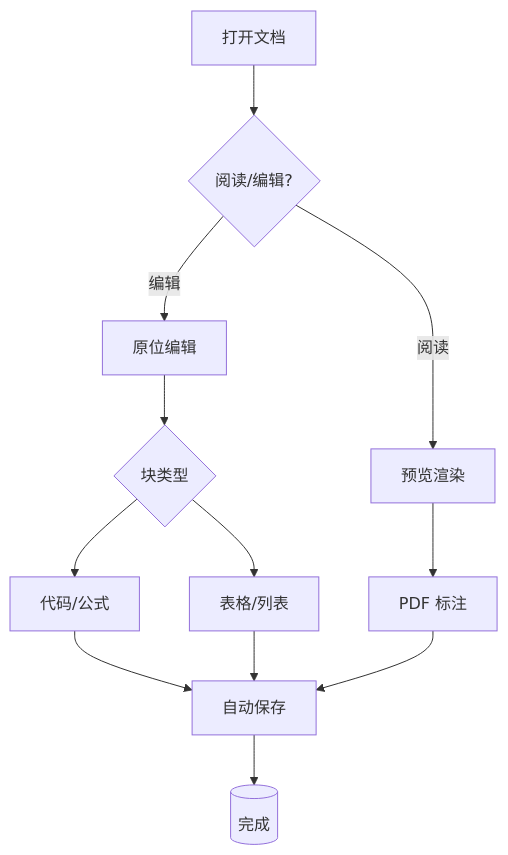
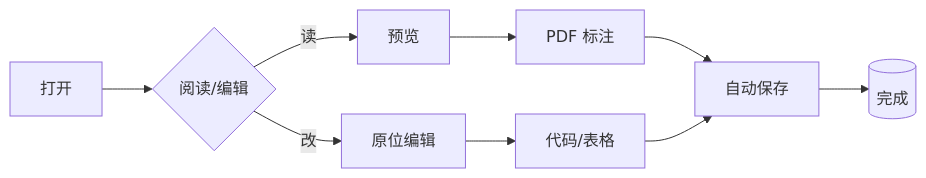
Before and after one commit to ghostLLC/StuartMD: the diagram in samples/欢迎使用 StuartMD.md, drawn with Mermaid. The commit also changed other lines of this file and 9 other files, not shown here.

Commit message:
3.5.5: clamp mermaid to figure size; empty list Enter only strips marker

````diff
--- a/samples/欢迎使用 StuartMD.md
+++ b/samples/欢迎使用 StuartMD.md
@@ -78,14 +78,11 @@
 ```mermaid
-flowchart TD
-  A[打开文档] --> B{阅读/编辑?}
-  B -->|阅读| C[预览渲染]
-  B -->|编辑| D[原位编辑]
+flowchart LR
+  A[打开] --> B{阅读/编辑}
+  B -->|读| C[预览]
+  B -->|改| D[原位编辑]
   C --> E[PDF 标注]
-  D --> F{块类型}
-  F --> G[代码/公式]
-  F --> H[表格/列表]
-  G --> I[自动保存]
-  H --> I
-  E --> I
+  D --> F[代码/表格]
+  E --> I[自动保存]
+  F --> I
   I --> J[(完成)]
 ```
````
